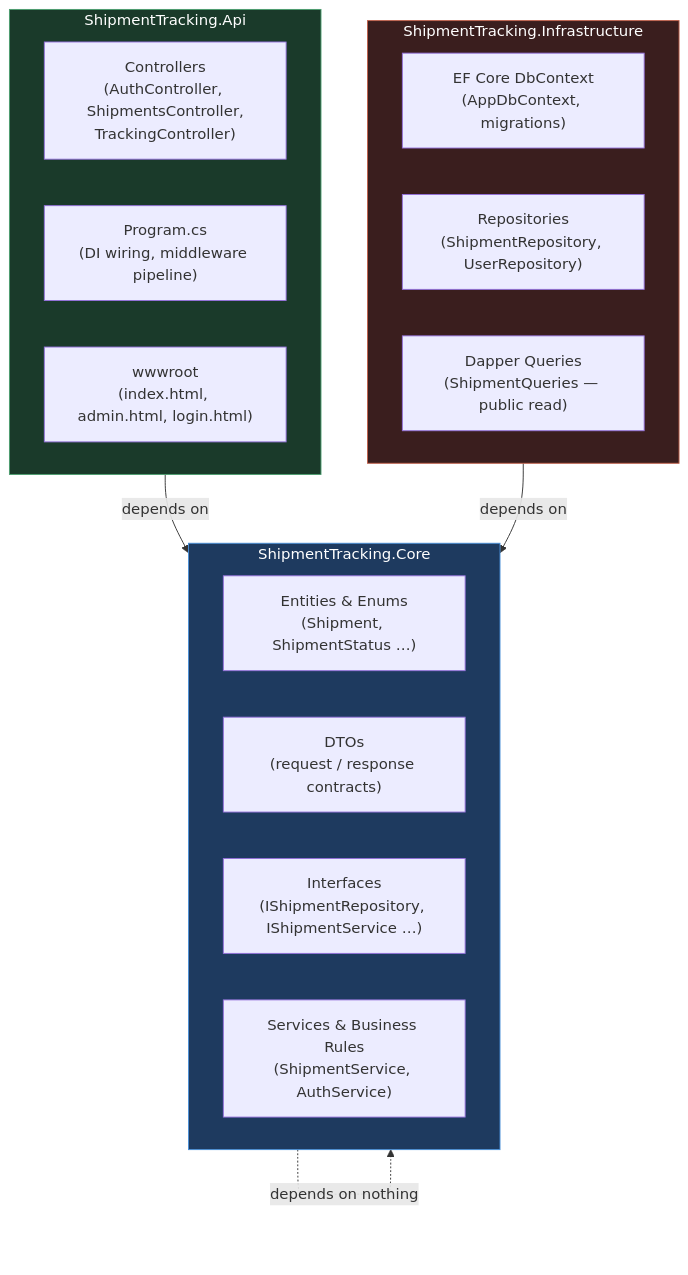
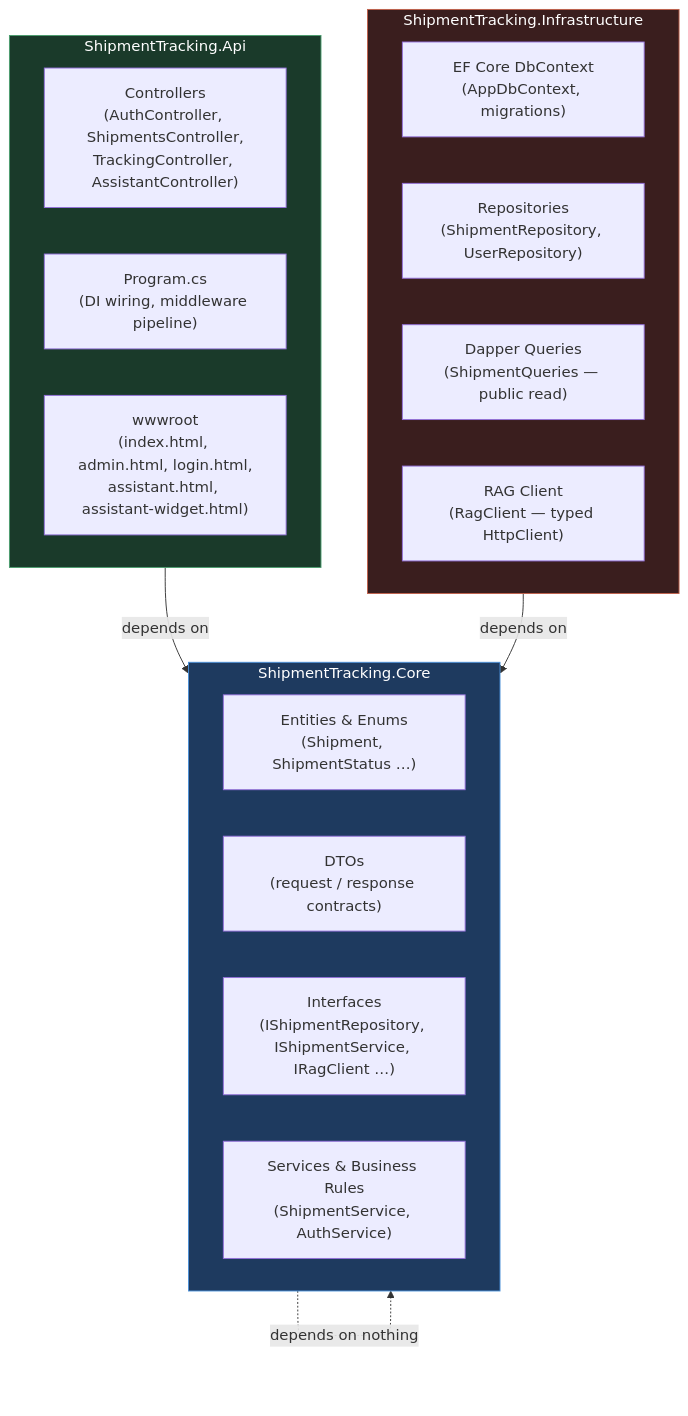
The first of 3 diagrams in README.md (xdethx/Shipment-tracking), drawn with Mermaid before and after one commit. The commit also changed other lines of this file and 1 other file, not shown here.

````diff
--- a/README.md
+++ b/README.md
@@ -43,29 +46,30 @@
 ```mermaid
 flowchart TD
     subgraph Api["ShipmentTracking.Api"]
-        A1["Controllers\n(AuthController, ShipmentsController,\nTrackingController)"]
+        A1["Controllers\n(AuthController, ShipmentsController,\nTrackingController, AssistantController)"]
         A2["Program.cs\n(DI wiring, middleware pipeline)"]
-        A3["wwwroot\n(index.html, admin.html, login.html)"]
+        A3["wwwroot\n(index.html, admin.html, login.html,\nassistant.html, assistant-widget.html)"]
     end
 
     subgraph Core["ShipmentTracking.Core"]
         C1["Entities & Enums\n(Shipment, ShipmentStatus …)"]
         C2["DTOs\n(request / response contracts)"]
-        C3["Interfaces\n(IShipmentRepository, IShipmentService …)"]
+        C3["Interfaces\n(IShipmentRepository, IShipmentService, IRagClient …)"]
         C4["Services & Business Rules\n(ShipmentService, AuthService)"]
     end
 
     subgraph Infra["ShipmentTracking.Infrastructure"]
         I1["EF Core DbContext\n(AppDbContext, migrations)"]
         I2["Repositories\n(ShipmentRepository, UserRepository)"]
         I3["Dapper Queries\n(ShipmentQueries — public read)"]
+        I4["RAG Client\n(RagClient — typed HttpClient)"]
     end
 
     Api -->|depends on| Core
     Infra -->|depends on| Core
     Core -.->|depends on nothing| Core
 
     style Core fill:#1e3a5f,color:#fff,stroke:#4a90d9
     style Api fill:#1a3a2a,color:#fff,stroke:#4a9d6e
     style Infra fill:#3a1e1e,color:#fff,stroke:#c0604a
 ```
````
